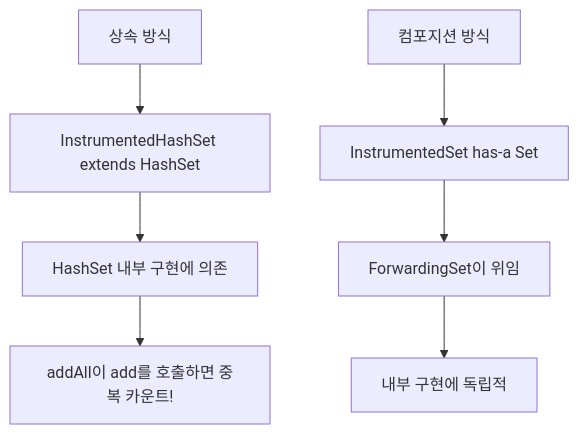
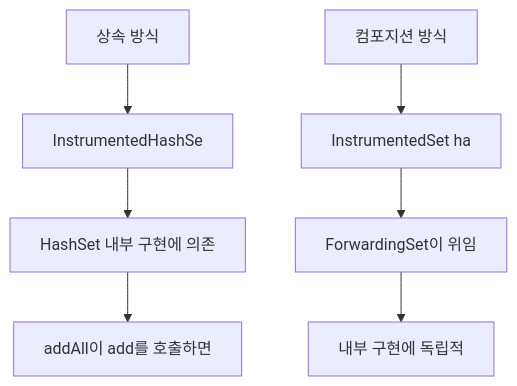
The third of 6 diagrams in _posts/effective_java/2026-05-03-effective-java-classes-interfaces.md (yjkim2015/yjkim2015.github.io), drawn with Mermaid before and after one commit. The commit also changed other lines of this file and 271 other files, not shown here.

First line of the commit message:
Mermaid 라벨 축소: 긴 노드 텍스트 18자 이하로 트림 + \n 제거

````diff
--- a/_posts/effective_java/2026-05-03-effective-java-classes-interfaces.md
+++ b/_posts/effective_java/2026-05-03-effective-java-classes-interfaces.md
@@ -162,9 +162,9 @@
 ```mermaid
 flowchart TD
-    A["상속 방식"] --> B["InstrumentedHashSet extends HashSet"]
+    A["상속 방식"] --> B["InstrumentedHashSe"]
     B --> C["HashSet 내부 구현에 의존"]
-    C --> D["addAll이 add를 호출하면 중복 카운트!"]
-    E["컴포지션 방식"] --> F["InstrumentedSet has-a Set"]
+    C --> D["addAll이 add를 호출하면"]
+    E["컴포지션 방식"] --> F["InstrumentedSet ha"]
     F --> G["ForwardingSet이 위임"]
     G --> H["내부 구현에 독립적"]
 ```
````
